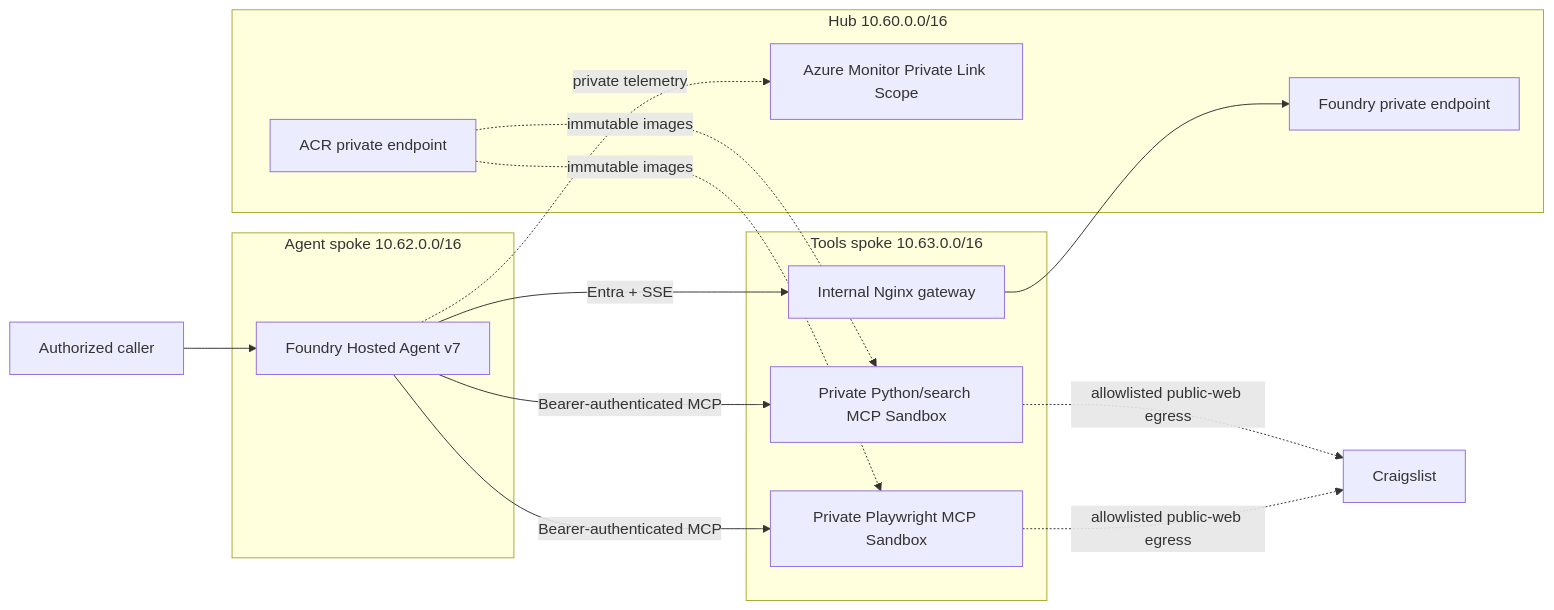
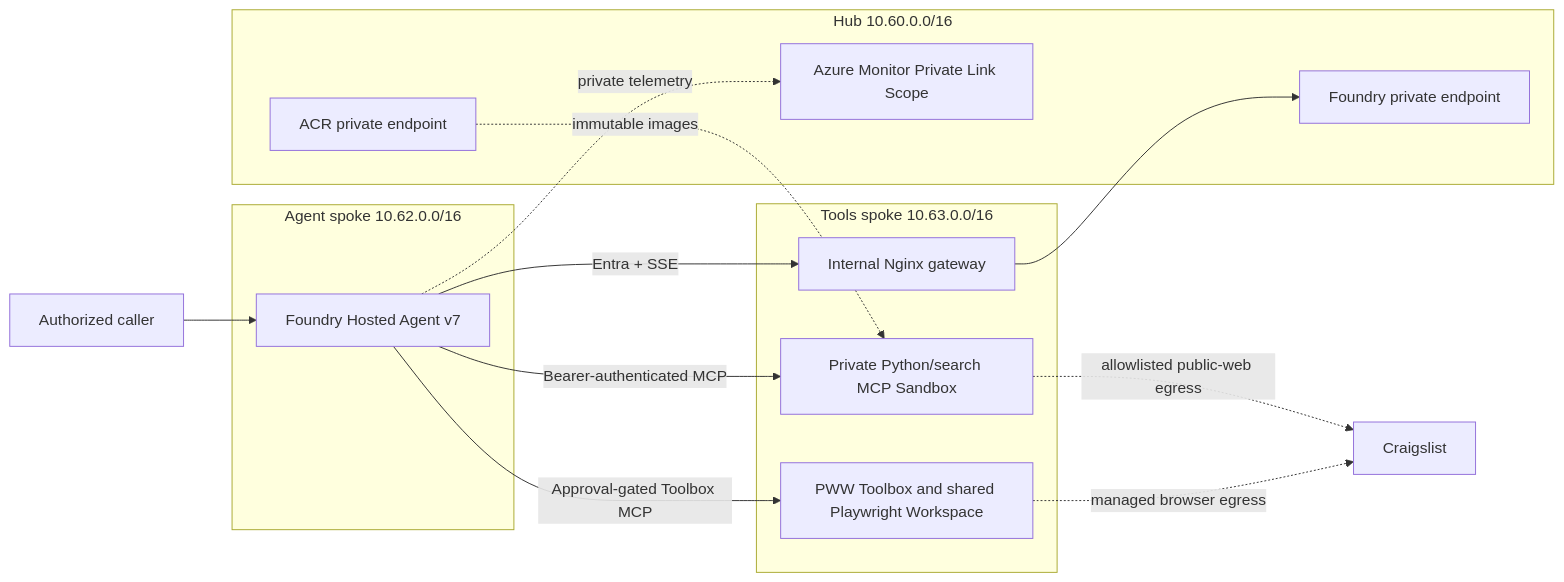
The first of 2 diagrams in README.md (simonjj/foundry-agent-egress-control-mcp), drawn with Mermaid before and after one commit. The commit also changed other lines of this file and 45 other files, not shown here.

First line of the commit message:
Migrate browser automation to Playwright Workspaces

````diff
--- a/README.md
+++ b/README.md
@@ -77,26 +78,25 @@
 ```mermaid
 flowchart LR
     U[Authorized caller] --> A[Foundry Hosted Agent v7]
     subgraph AGENT[Agent spoke 10.62.0.0/16]
       A
     end
     subgraph TOOLS[Tools spoke 10.63.0.0/16]
       G[Internal Nginx gateway]
       PY[Private Python/search MCP Sandbox]
-      BR[Private Playwright MCP Sandbox]
+      PWW[PWW Toolbox and shared Playwright Workspace]
     end
     subgraph HUB[Hub 10.60.0.0/16]
       FPE[Foundry private endpoint]
       ACR[ACR private endpoint]
       MON[Azure Monitor Private Link Scope]
     end
     A -->|Entra + SSE| G
     G --> FPE
     A -->|Bearer-authenticated MCP| PY
-    A -->|Bearer-authenticated MCP| BR
+    A -->|Approval-gated Toolbox MCP| PWW
     A -. private telemetry .-> MON
     ACR -. immutable images .-> PY
-    ACR -. immutable images .-> BR
     PY -. allowlisted public-web egress .-> WEB[Craigslist]
-    BR -. allowlisted public-web egress .-> WEB
+    PWW -. managed browser egress .-> WEB
 ```
````
